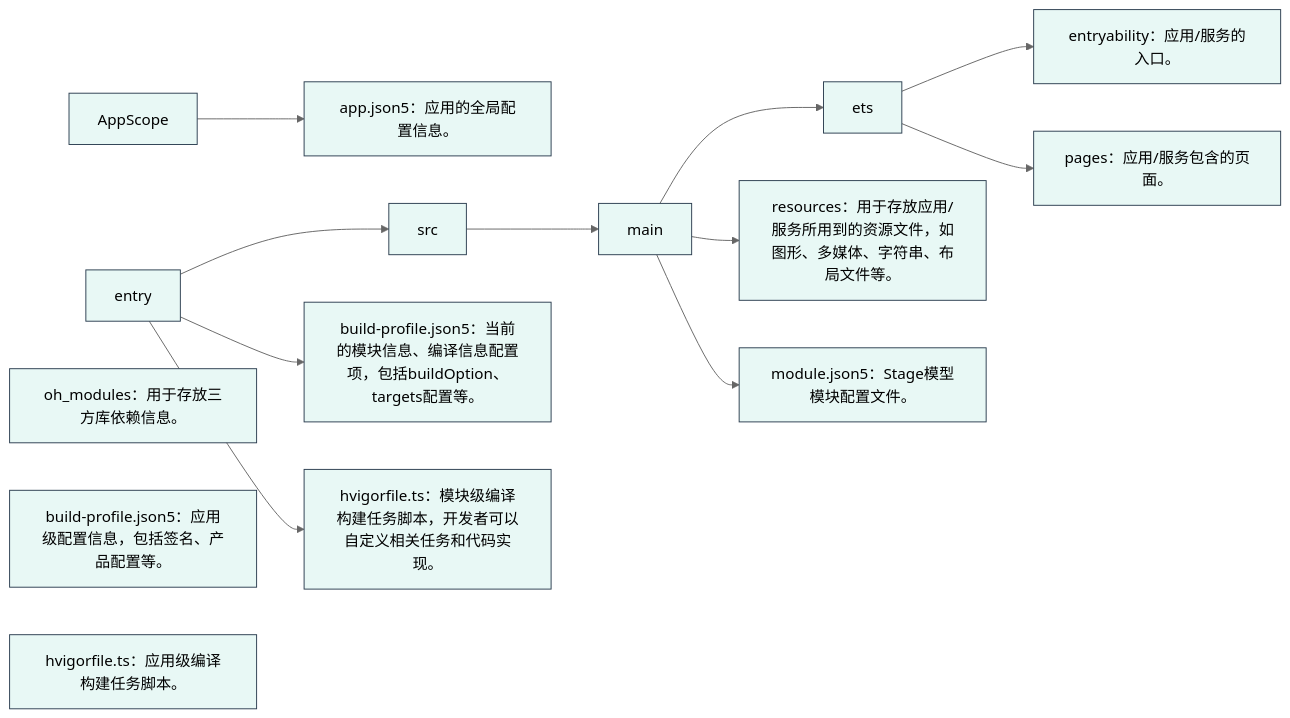
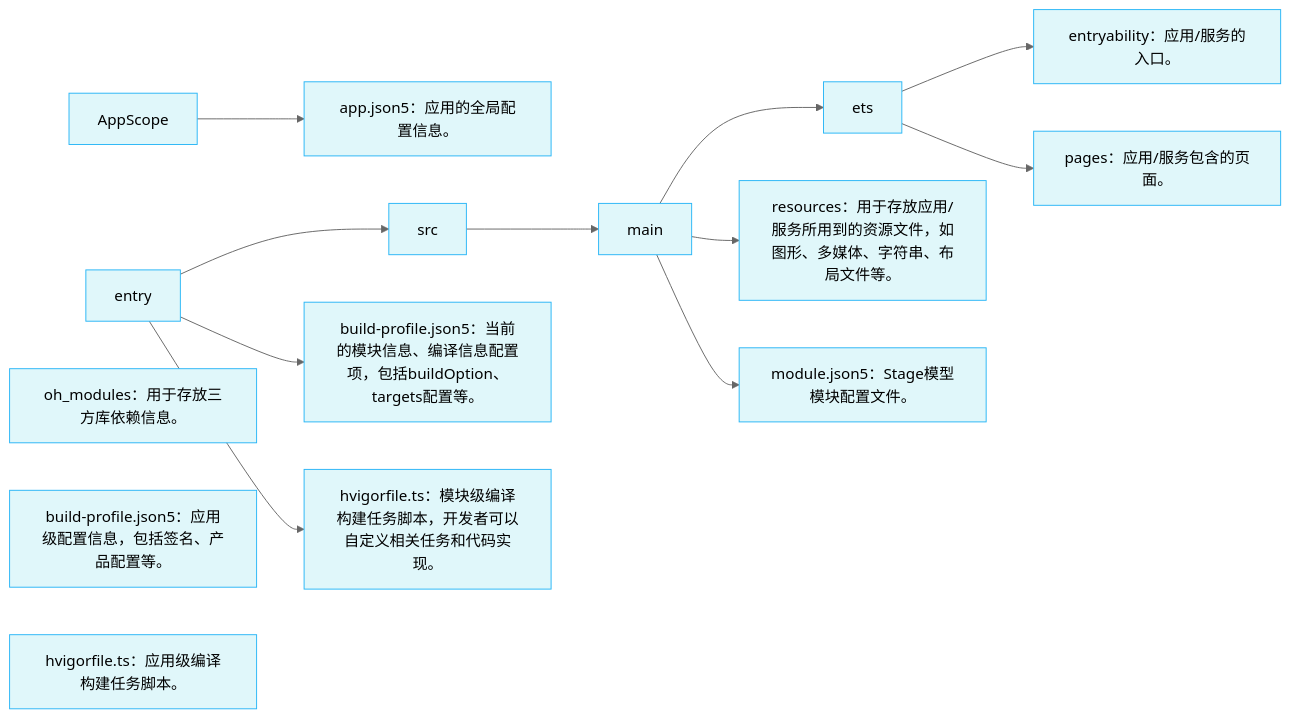
One commit to Leo-Wangyc/leo-blog-vitepress changed the diagram in docs/documents/computer-science/harmonyos/harmonyos.md. Above: the diagram before and after it, drawn with Mermaid (neutral theme). The commit also changed other lines of this file and 8 other files, not shown here.

Commit message:
feat: add mermaid support

````diff
--- a/docs/documents/computer-science/harmonyos/harmonyos.md
+++ b/docs/documents/computer-science/harmonyos/harmonyos.md
@@ -11,19 +9,19 @@
 ```mermaid
 graph LR
 AppScope --> app_json5["app.json5：应用的全局配置信息。"]
 entry --> src["src"]
 entry --> build_profile["build-profile.json5：当前的模块信息、编译信息配置项，包括buildOption、targets配置等。"]
 entry --> hvigorfile["hvigorfile.ts：模块级编译构建任务脚本，开发者可以自定义相关任务和代码实现。"]
 src --> main["main"]
 main --> ets["ets"]
 main --> resources["resources：用于存放应用/服务所用到的资源文件，如图形、多媒体、字符串、布局文件等。"]
 main --> module_json5["module.json5：Stage模型模块配置文件。"]
 ets --> entryability["entryability：应用/服务的入口。"]
 ets --> pages["pages：应用/服务包含的页面。"]
 oh_modules["oh_modules：用于存放三方库依赖信息。"]
 build_profile_app["build-profile.json5：应用级配置信息，包括签名、产品配置等。"]
 hvigorfile_app["hvigorfile.ts：应用级编译构建任务脚本。"]
 
-classDef default fill:#e8f8f5,stroke:#2c3e50,stroke-width:1px;
+classDef default fill:#e0f7fa,stroke:#29b6f6,stroke-width:1px;
 class app_json5,build_profile,hvigorfile,module_json5,resources,entryability,pages,oh_modules,build_profile_app,hvigorfile_app default;
 ```
````
